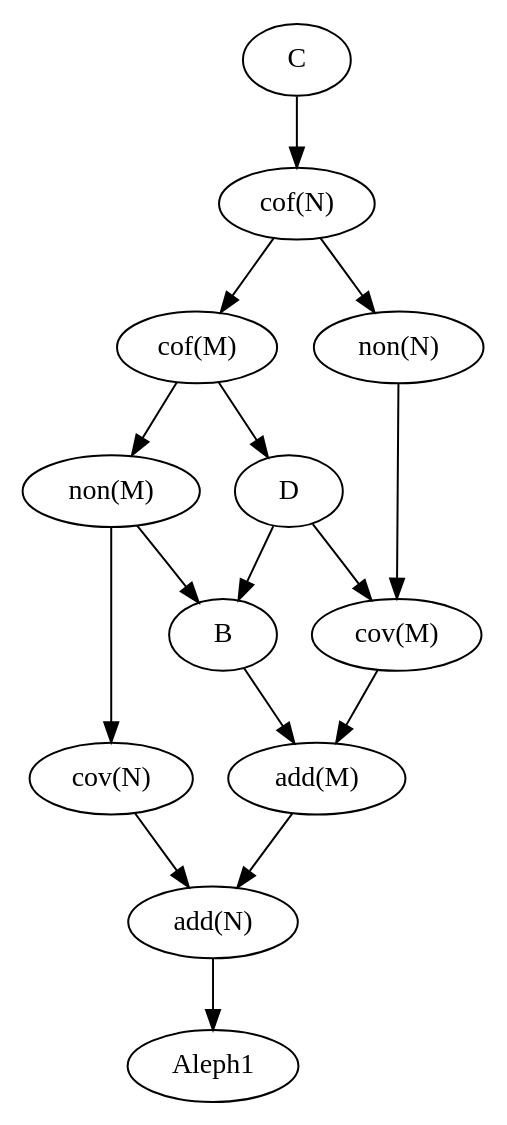
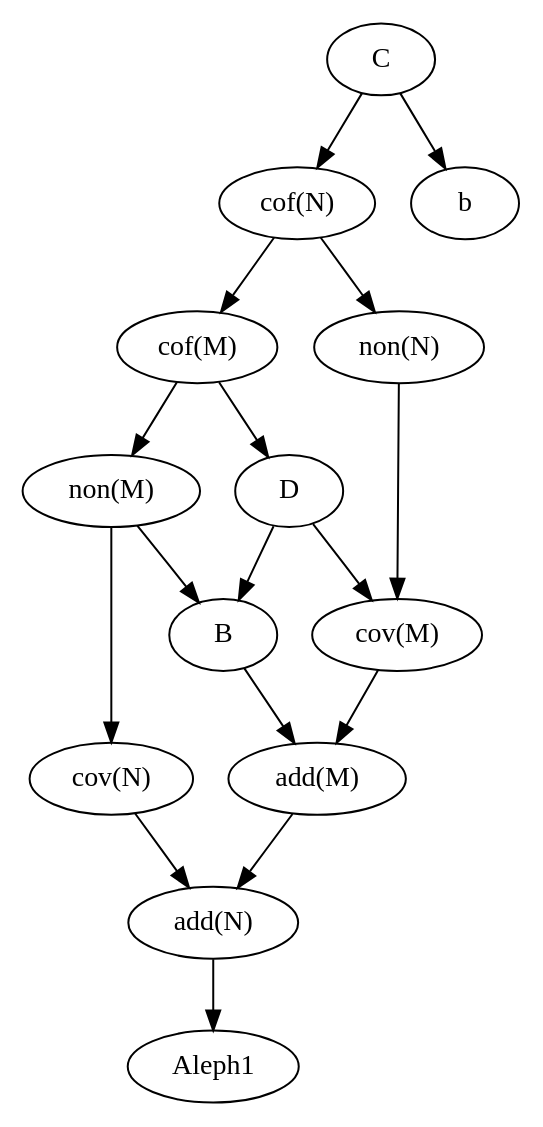
One commit to calliope1/CCview changed the diagram in CCview/output/relations.dot. Above: the diagram before and after it, drawn with Graphviz. The commit also changed 5 other files, not shown here.

```diff
--- a/CCview/output/relations.dot
+++ b/CCview/output/relations.dot
@@ -1,29 +1,31 @@
 digraph G {
 0 [label="C"];
 1 [label="cof(N)"];
 2 [label="cof(M)"];
 3 [label="non(N)"];
 4 [label="non(M)"];
 5 [label="D"];
 6 [label="cov(N)"];
 7 [label="B"];
 8 [label="cov(M)"];
 9 [label="add(M)"];
 10 [label="add(N)"];
 11 [label="Aleph1"];
+12 [label="b"];
 0 -> 1;
+0 -> 12;
 1 -> 2;
 1 -> 3;
 2 -> 4;
 2 -> 5;
 3 -> 8;
 4 -> 6;
 4 -> 7;
 5 -> 7;
 5 -> 8;
 6 -> 10;
 7 -> 9;
 8 -> 9;
 9 -> 10;
 10 -> 11;
 }
```
